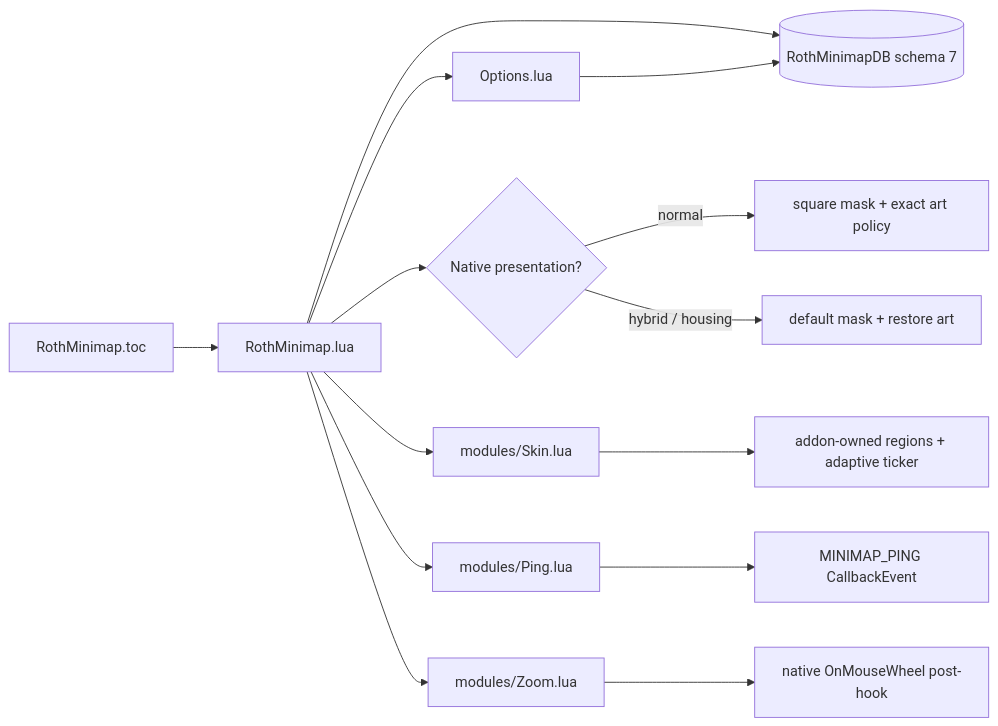
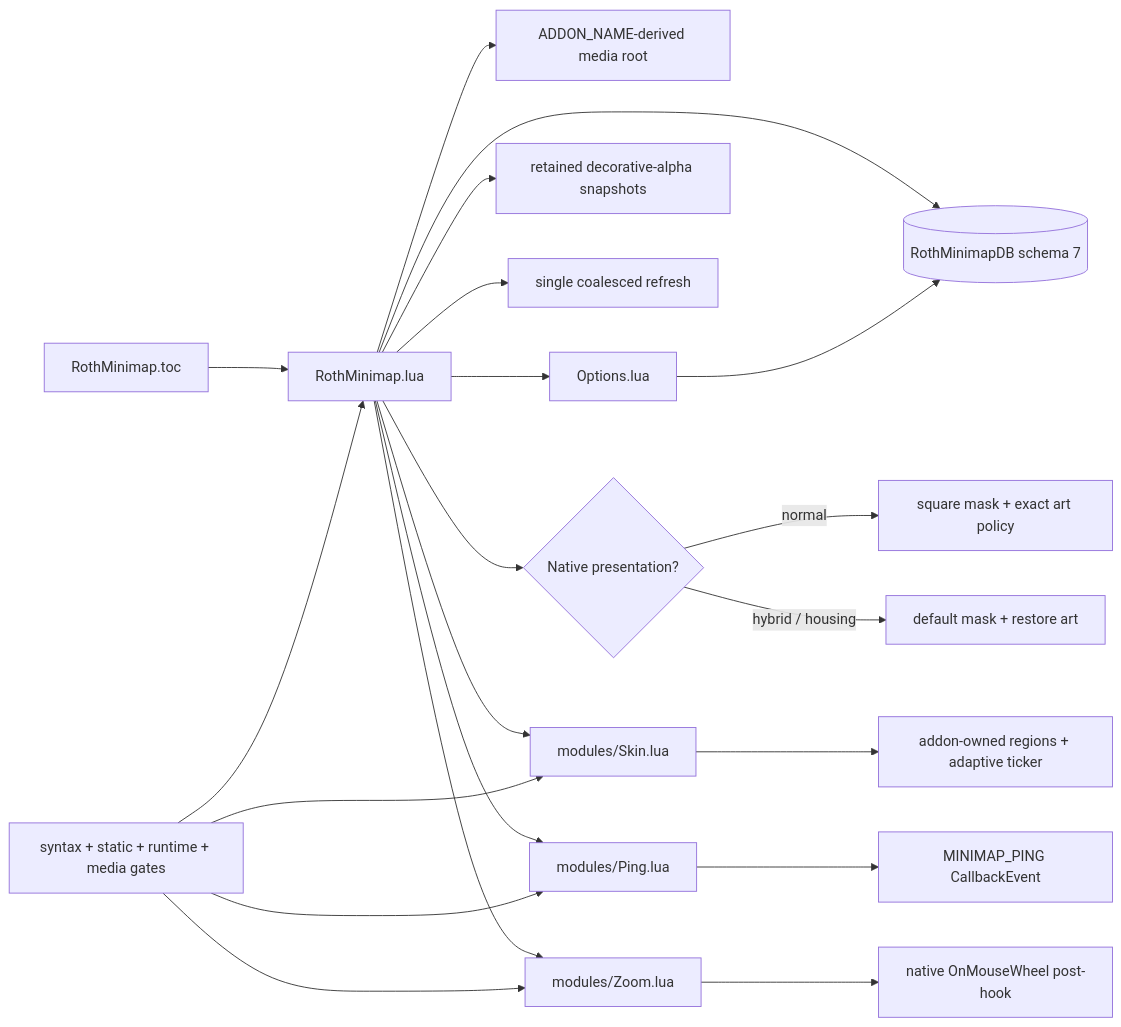
The diagram in CODE_GRAPH.md (UnknownAlienHuman/roth-minimap), drawn with Mermaid before and after one commit. The commit also changed other lines of this file and 13 other files, not shown here.

Commit message:
fix: harden media paths, alpha restore and validation

````diff
--- a/CODE_GRAPH.md
+++ b/CODE_GRAPH.md
@@ -3,16 +3,23 @@
 ```mermaid
 flowchart LR
   TOC["RothMinimap.toc"] --> CORE["RothMinimap.lua"]
   CORE --> DB[("RothMinimapDB schema 7")]
+  CORE --> MEDIA["ADDON_NAME-derived media root"]
   CORE --> MODE{"Native presentation?"}
   MODE -->|normal| MASK["square mask + exact art policy"]
   MODE -->|hybrid / housing| FALLBACK["default mask + restore art"]
+  CORE --> ALPHA["retained decorative-alpha snapshots"]
+  CORE --> QUEUE["single coalesced refresh"]
   CORE --> SKIN["modules/Skin.lua"]
   CORE --> PING["modules/Ping.lua"]
   CORE --> ZOOM["modules/Zoom.lua"]
   CORE --> OPT["Options.lua"]
   PING --> CALLBACK["MINIMAP_PING CallbackEvent"]
   ZOOM --> WHEEL["native OnMouseWheel post-hook"]
   SKIN --> OWNED["addon-owned regions + adaptive ticker"]
   OPT --> DB
+  TESTS["syntax + static + runtime + media gates"] --> CORE
+  TESTS --> SKIN
+  TESTS --> PING
+  TESTS --> ZOOM
 ```
````
